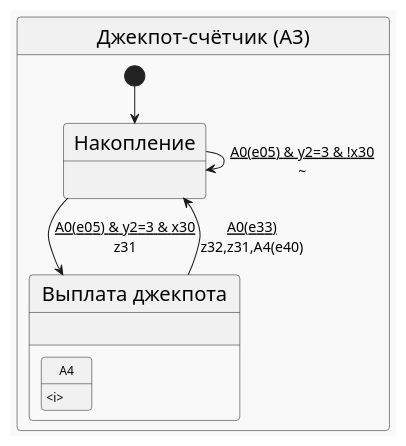
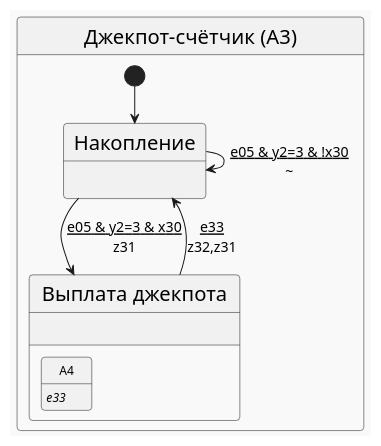
The diagram in articles/multiply_many_nested/puml/a3.puml (PhoenixNazarov/fsm-multiply), drawn with PlantUML before and after one commit. The commit also changed 12 other files, not shown here.

```diff
--- a/articles/multiply_many_nested/puml/a3.puml
+++ b/articles/multiply_many_nested/puml/a3.puml
@@ -1,16 +1,16 @@
 @startuml
 !theme mars
 skinparam stateFontSize 20
 skinparam arrowFontSize 14
 state "Джекпот-счётчик (A3)" as A3 {
     [*] --> A30
     state "Накопление" as A30 : 
     state "Выплата джекпота" as A31 : 
     state "Выплата джекпота" as A31 {
-        state "<size:12>A4" as F1 : <size:12><i>
+        state "<size:12>A4" as F1 : <size:12><i>e33
     }
-    A30 --> A31 : <u>A0(e05) & y2=3 & x30\nz31
-    A30 --> A30 : <u>A0(e05) & y2=3 & !x30\n~
-    A31 --> A30 : <u>A0(e33)\nz32,z31,A4(e40)
+    A30 --> A31 : <u>e05 & y2=3 & x30\nz31
+    A30 --> A30 : <u>e05 & y2=3 & !x30\n~
+    A31 --> A30 : <u>e33\nz32,z31
 }
 @enduml
```
